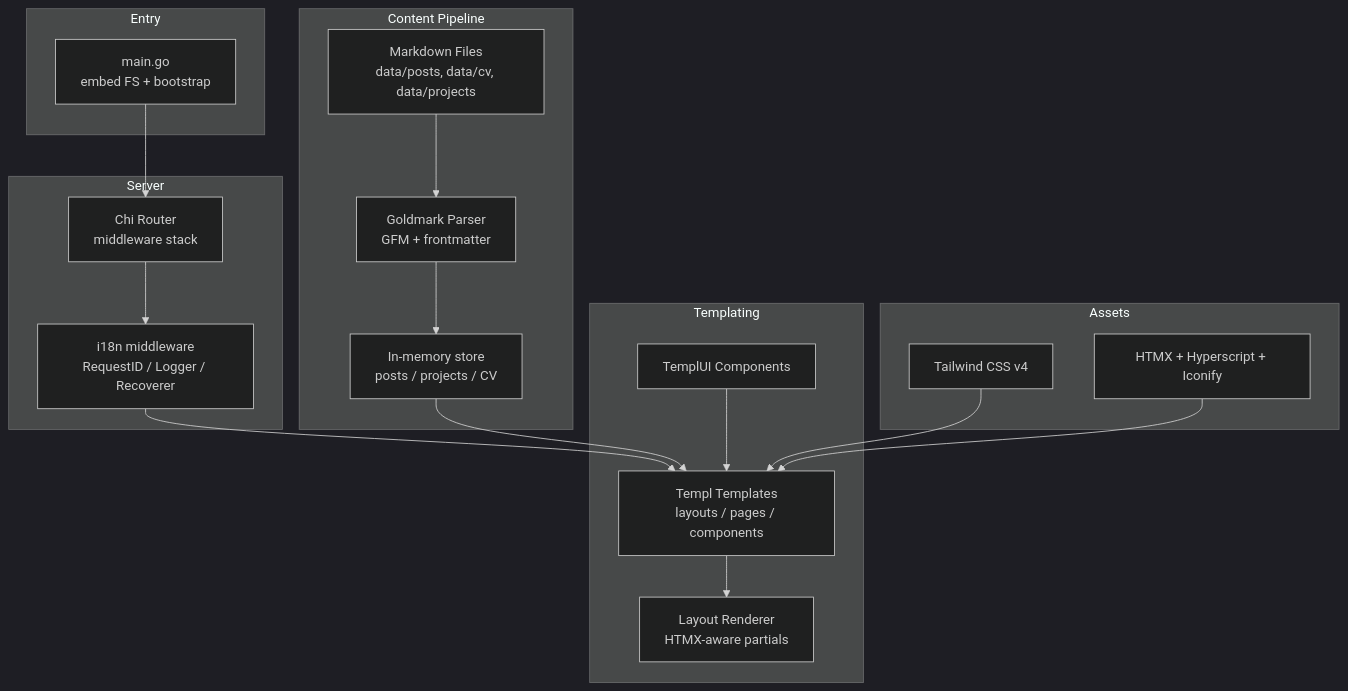
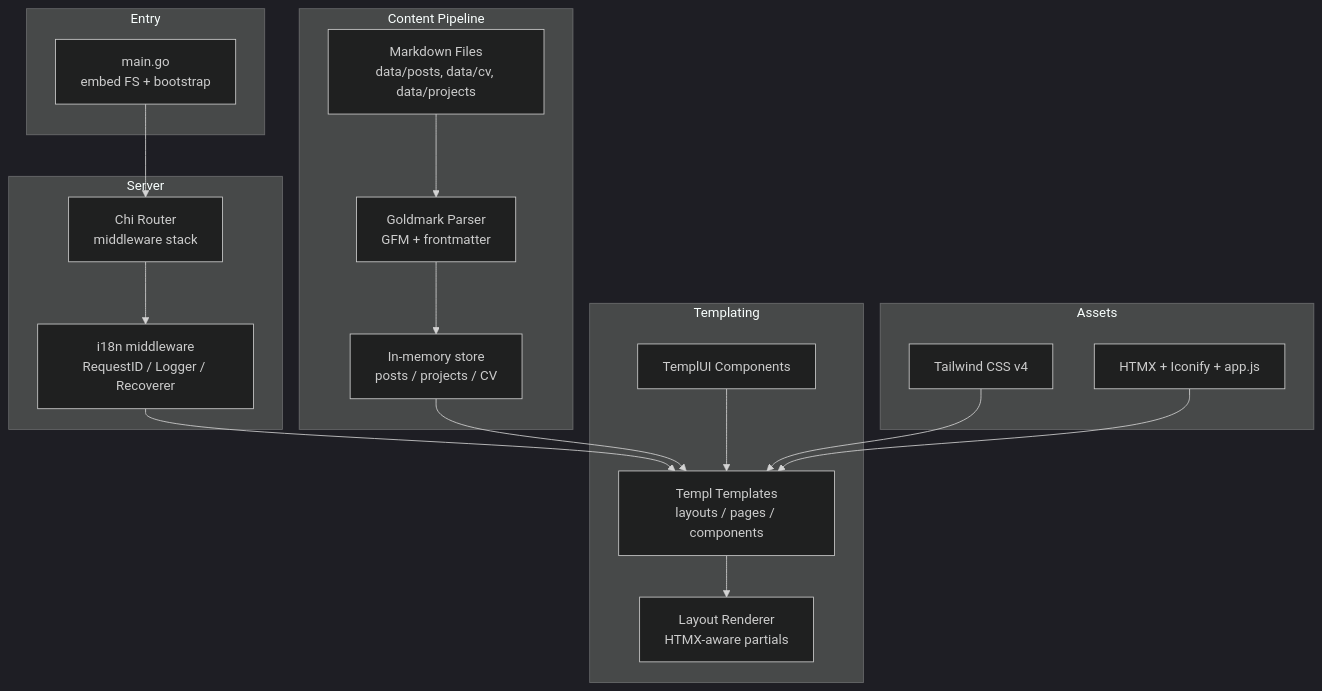
The first of 2 diagrams in README.md (srkn0/portfolio), drawn with Mermaid (dark theme) before and after one commit. The commit also changed other lines of this file and 33 other files, not shown here.

````diff
--- a/README.md
+++ b/README.md
@@ -25,38 +25,38 @@
 ```mermaid
 graph TB
     subgraph Entry
         M[main.go<br/>embed FS + bootstrap]
     end
 
     subgraph Server
         R[Chi Router<br/>middleware stack]
         MW[i18n middleware<br/>RequestID / Logger / Recoverer]
     end
 
     subgraph Content Pipeline
         MD[Markdown Files<br/>data/posts, data/cv, data/projects]
         GM[Goldmark Parser<br/>GFM + frontmatter]
         STORE[In-memory store<br/>posts / projects / CV]
     end
 
     subgraph Templating
         TPL[Templ Templates<br/>layouts / pages / components]
         TUI[TemplUI Components]
         LY[Layout Renderer<br/>HTMX-aware partials]
     end
 
     subgraph Assets
         CSS[Tailwind CSS v4]
-        JS[HTMX + Hyperscript + Iconify]
+        JS[HTMX + Iconify + app.js]
     end
 
     M --> R
     R --> MW
     MW --> TPL
     MD --> GM --> STORE
     STORE --> TPL
     TPL --> LY
     TUI --> TPL
     CSS --> TPL
     JS --> TPL
 ```
````
